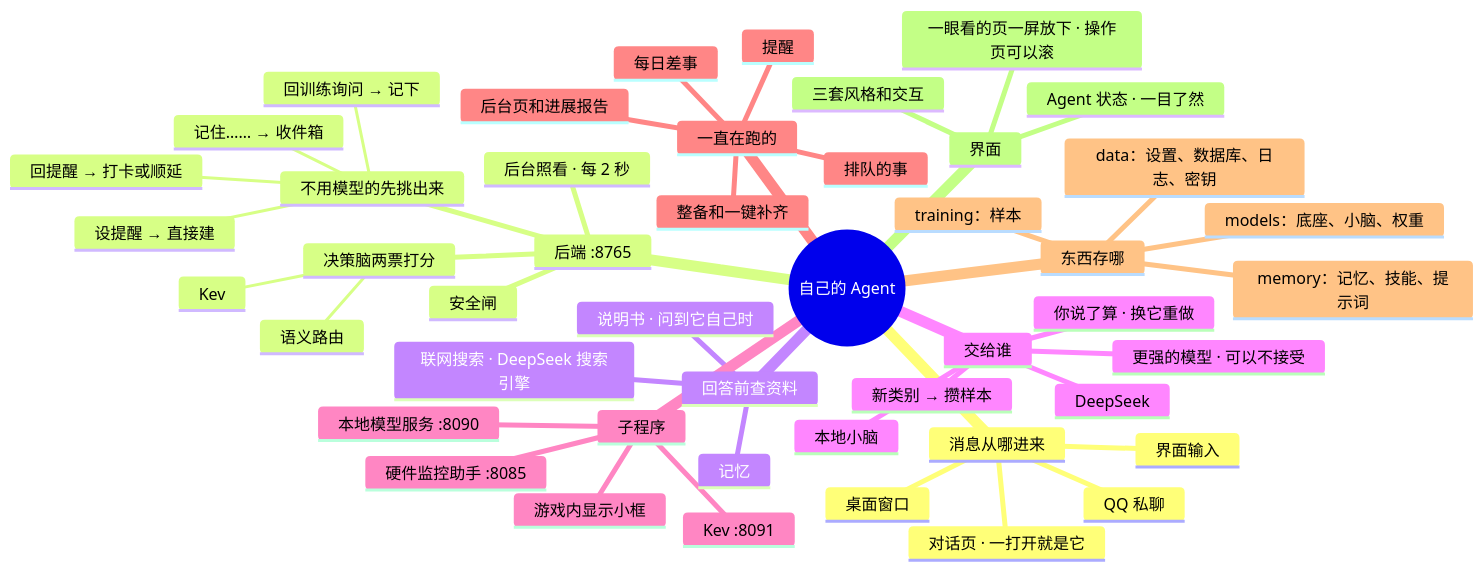
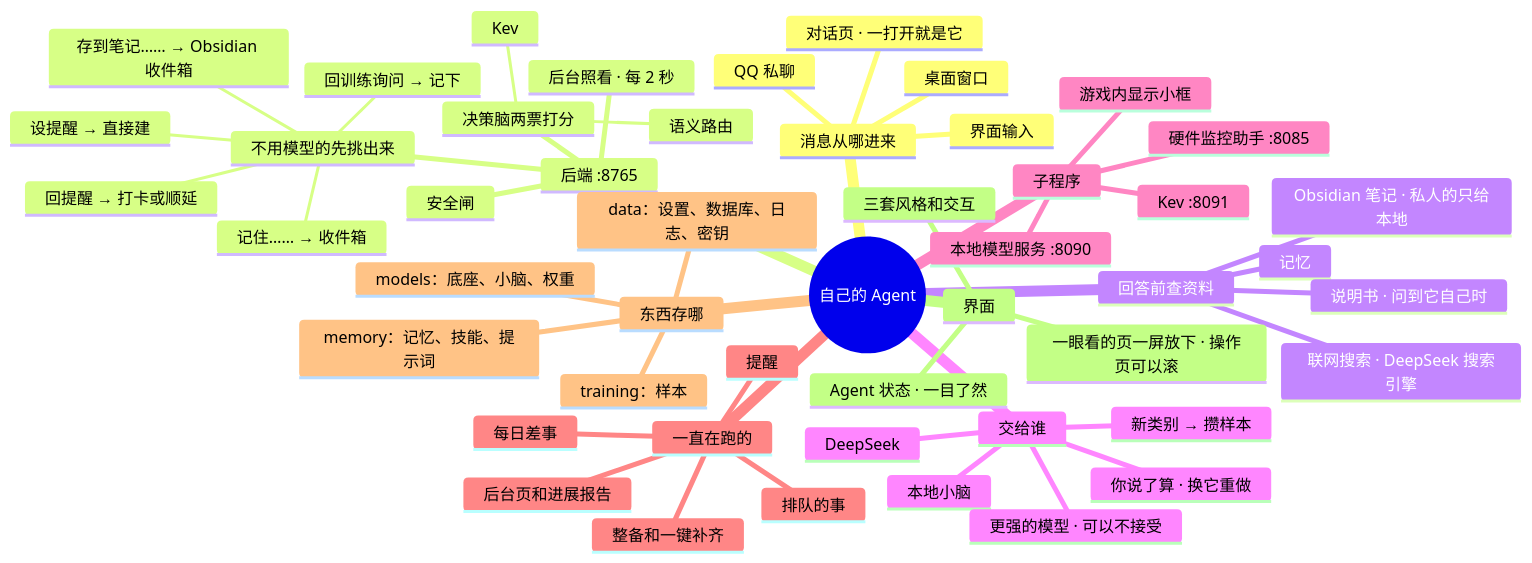
The diagram in docs/AI文档/架构/00-总览.md (lql-076/Experiment-Agent-One), drawn with Mermaid before and after one commit. The commit also changed other lines of this file and 38 other files, not shown here.

First line of the commit message:
v1.9.0：接 Obsidian（读笔记回答、存到笔记、每日整理、记忆放进库里），修快捷处理报错

````diff
--- a/docs/AI文档/架构/00-总览.md
+++ b/docs/AI文档/架构/00-总览.md
@@ -9,78 +9,81 @@
 ```mermaid
 mindmap
   root((自己的 Agent))
     消息从哪进来
       对话页 · 一打开就是它
       :::go-12
       QQ 私聊
       :::svc-qq go-04
       界面输入
       桌面窗口
       :::go-13
     后端 :8765
     :::svc-backend
       不用模型的先挑出来
         回提醒 → 打卡或顺延
         回训练询问 → 记下
         设提醒 → 直接建
+        存到笔记…… → Obsidian 收件箱
         记住…… → 收件箱
       决策脑两票打分
       :::go-01
         语义路由
         Kev
         :::svc-kev
       安全闸
       :::go-08
       后台照看 · 每 2 秒
     回答前查资料
       记忆
       :::go-05
       说明书 · 问到它自己时
       :::go-01
+      Obsidian 笔记 · 私人的只给本地
+      :::go-14
       联网搜索 · DeepSeek 搜索引擎
       :::go-03
     交给谁
       本地小脑
       :::go-02
       DeepSeek
       :::svc-ds go-03
       更强的模型 · 可以不接受
       :::go-03
       你说了算 · 换它重做
       :::go-01
       新类别 → 攒样本
       :::go-06
     子程序
       本地模型服务 :8090
       :::svc-model go-02
       Kev :8091
       :::svc-kev
       硬件监控助手 :8085
       :::svc-hw go-11
       游戏内显示小框
       :::go-11
     一直在跑的
       提醒
       :::go-04
       每日差事
       :::svc-nightly go-07
       排队的事
       :::svc-queue
       整备和一键补齐
       :::go-09
       后台页和进展报告
       :::go-10
     东西存哪
       data：设置、数据库、日志、密钥
       memory：记忆、技能、提示词
       :::go-05
       training：样本
       models：底座、小脑、权重
     界面
       一眼看的页一屏放下 · 操作页可以滚
       :::go-12
       Agent 状态 · 一目了然
       :::go-12
       三套风格和交互
       :::go-12
 ```
````
